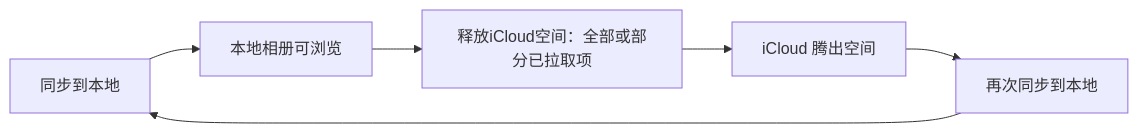
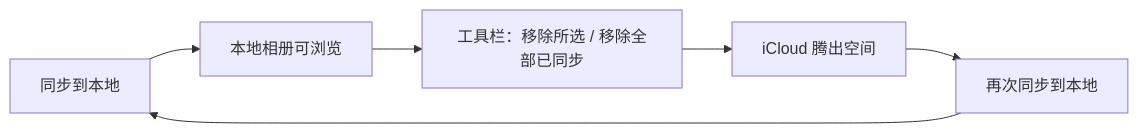
The first of 3 diagrams in apps/admin/src/views/album/cloudSyncFlow.md (cz6c/ll-admin), drawn with Mermaid before and after one commit. The commit also changed other lines of this file and 8 other files, not shown here.

Commit message:
feat(admin):扁平化图库，重构删云流程

````diff
--- a/apps/admin/src/views/album/cloudSyncFlow.md
+++ b/apps/admin/src/views/album/cloudSyncFlow.md
@@ -19,8 +19,8 @@
 ```mermaid
 flowchart LR
   A[同步到本地] --> B[本地相册可浏览]
-  B --> C[释放iCloud空间：全部或部分已拉取项]
+  B --> C[工具栏：移除所选 / 移除全部已同步]
   C --> D[iCloud 腾出空间]
   D --> E[再次同步到本地]
   E --> A
 ```
````
